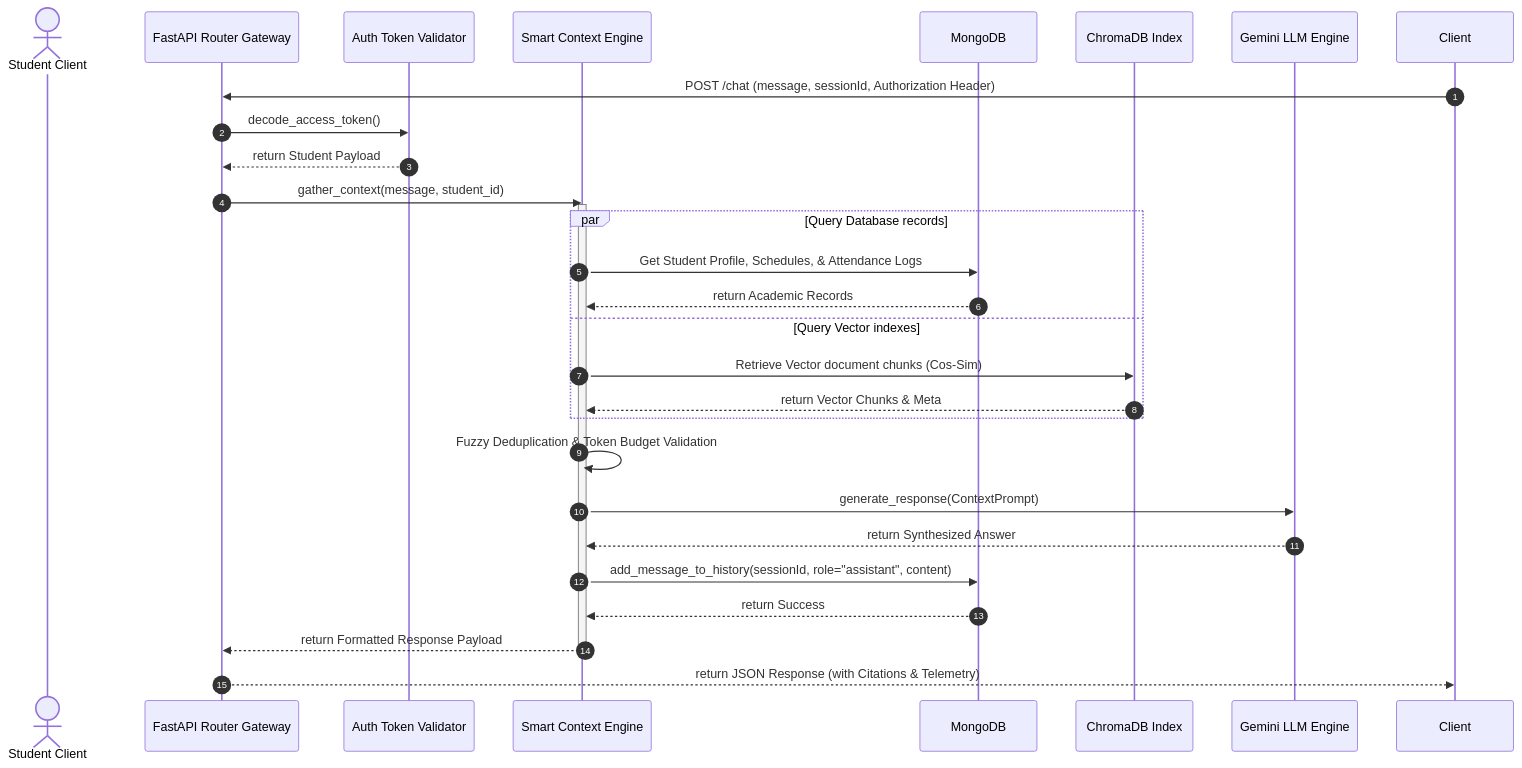
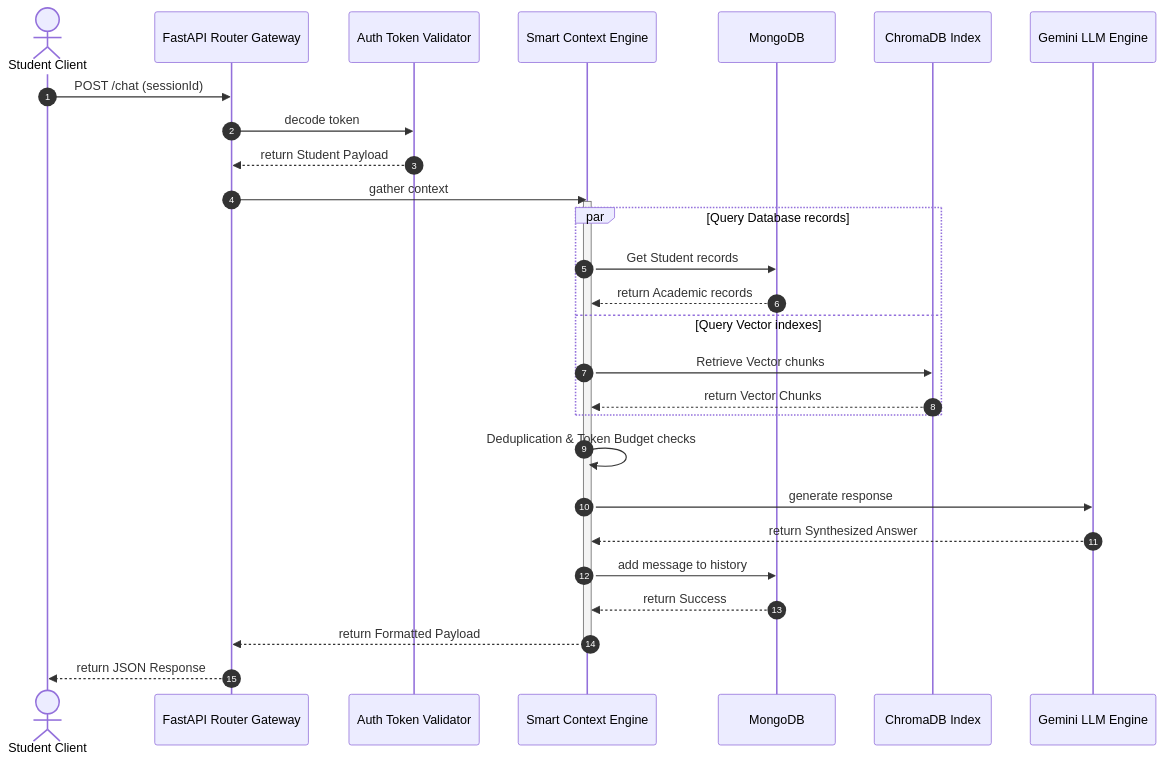
One commit to Anugrahbhuinya/BITAtlas changed the second of 2 diagrams in README.md. Above: the diagram before and after it, drawn with Mermaid. The commit also changed other lines of this file and 5 other files, not shown here.

````diff
--- a/README.md
+++ b/README.md
@@ -122,38 +141,38 @@
 ```mermaid
 sequenceDiagram
     autonumber
-    actor Student as Student Client
+    actor Client as Student Client
     participant Router as FastAPI Router Gateway
     participant Auth as Auth Token Validator
     participant Context as Smart Context Engine
     participant DB as MongoDB
     participant Chroma as ChromaDB Index
     participant Gemini as Gemini LLM Engine
 
-    Client->>Router: POST /chat (message, sessionId, Authorization Header)
-    Router->>Auth: decode_access_token()
+    Client->>Router: POST /chat (sessionId)
+    Router->>Auth: decode token
     Auth-->>Router: return Student Payload
     
-    Router->>Context: gather_context(message, student_id)
+    Router->>Context: gather context
     activate Context
     
     par Query Database records
-        Context->>DB: Get Student Profile, Schedules, & Attendance Logs
-        DB-->>Context: return Academic Records
+        Context->>DB: Get Student records
+        DB-->>Context: return Academic records
     and Query Vector indexes
-        Context->>Chroma: Retrieve Vector document chunks (Cos-Sim)
-        Chroma-->>Context: return Vector Chunks & Meta
+        Context->>Chroma: Retrieve Vector chunks
+        Chroma-->>Context: return Vector Chunks
     end
     
-    Context->>Context: Fuzzy Deduplication & Token Budget Validation
-    Context->>Gemini: generate_response(ContextPrompt)
+    Context->>Context: Deduplication & Token Budget checks
+    Context->>Gemini: generate response
     Gemini-->>Context: return Synthesized Answer
     
-    Context->>DB: add_message_to_history(sessionId, role="assistant", content)
+    Context->>DB: add message to history
     DB-->>Context: return Success
     
-    Context-->>Router: return Formatted Response Payload
+    Context-->>Router: return Formatted Payload
     deactivate Context
     
-    Router-->>Client: return JSON Response (with Citations & Telemetry)
+    Router-->>Client: return JSON Response
 ```
````
